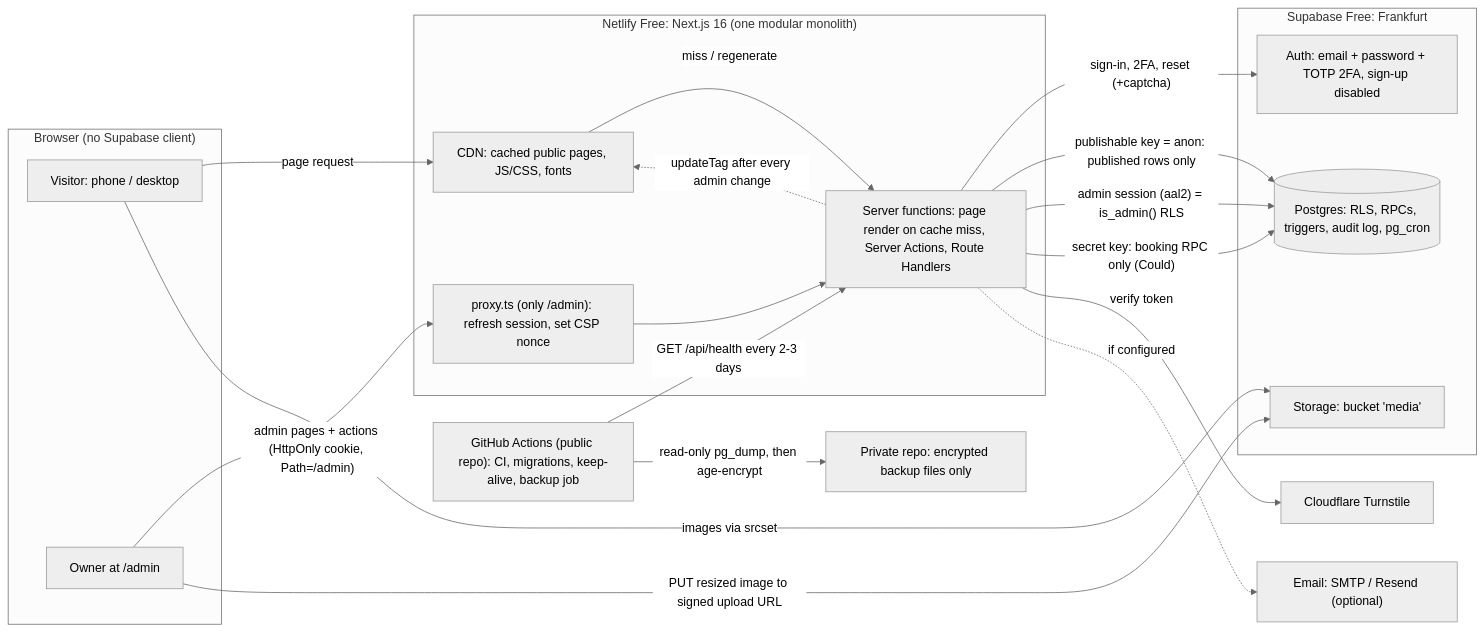
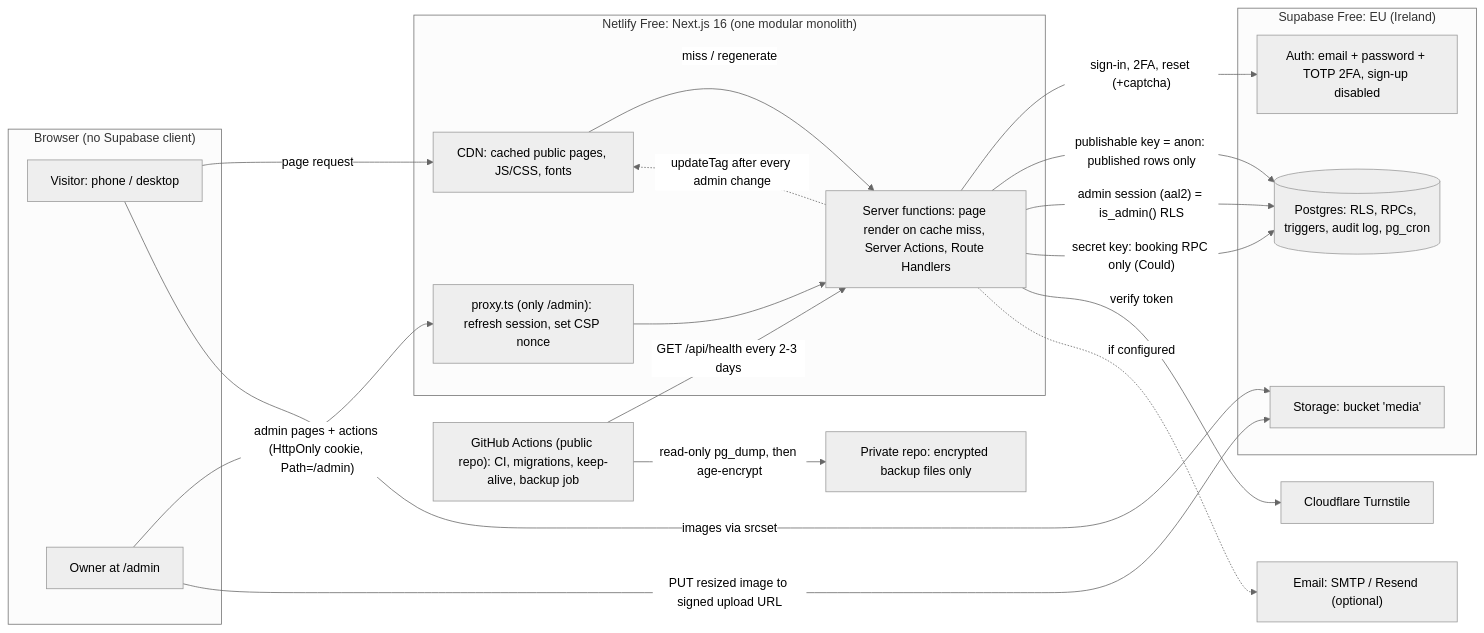
Before and after one commit to Halidx1/sniff-pet-kuafor: the first of 2 diagrams in docs/PLAN.md, drawn with Mermaid (neutral theme). The commit also changed other lines of this file and 46 other files, not shown here.

````diff
--- a/docs/PLAN.md
+++ b/docs/PLAN.md
@@ -72,37 +72,37 @@
 ```mermaid
 flowchart LR
   subgraph B["Browser (no Supabase client)"]
     V["Visitor: phone / desktop"]
     O["Owner at /admin"]
   end
   subgraph N["Netlify Free: Next.js 16 (one modular monolith)"]
     CDN["CDN: cached public pages, JS/CSS, fonts"]
     PX["proxy.ts (only /admin): refresh session, set CSP nonce"]
     FN["Server functions: page render on cache miss, Server Actions, Route Handlers"]
   end
-  subgraph S["Supabase Free: Frankfurt"]
+  subgraph S["Supabase Free: EU (Ireland)"]
     DB[("Postgres: RLS, RPCs, triggers, audit log, pg_cron")]
     AU["Auth: email + password + TOTP 2FA, sign-up disabled"]
     ST["Storage: bucket 'media'"]
   end
   TT["Cloudflare Turnstile"]
   EM["Email: SMTP / Resend (optional)"]
   GA["GitHub Actions (public repo): CI, migrations, keep-alive, backup job"]
   BR["Private repo: encrypted backup files only"]
 
   V -->|"page request"| CDN
   CDN -->|"miss / regenerate"| FN
   V -->|"images via srcset"| ST
   O -->|"admin pages + actions (HttpOnly cookie, Path=/admin)"| PX
   PX --> FN
   O -->|"PUT resized image to signed upload URL"| ST
   FN -->|"sign-in, 2FA, reset (+captcha)"| AU
   FN -->|"publishable key = anon: published rows only"| DB
   FN -->|"admin session (aal2) = is_admin() RLS"| DB
   FN -->|"secret key: booking RPC only (Could)"| DB
   FN -->|"verify token"| TT
   FN -.->|"updateTag after every admin change"| CDN
   FN -.->|"if configured"| EM
   GA -->|"GET /api/health every 2-3 days"| FN
   GA -->|"read-only pg_dump, then age-encrypt"| BR
 ```
````
